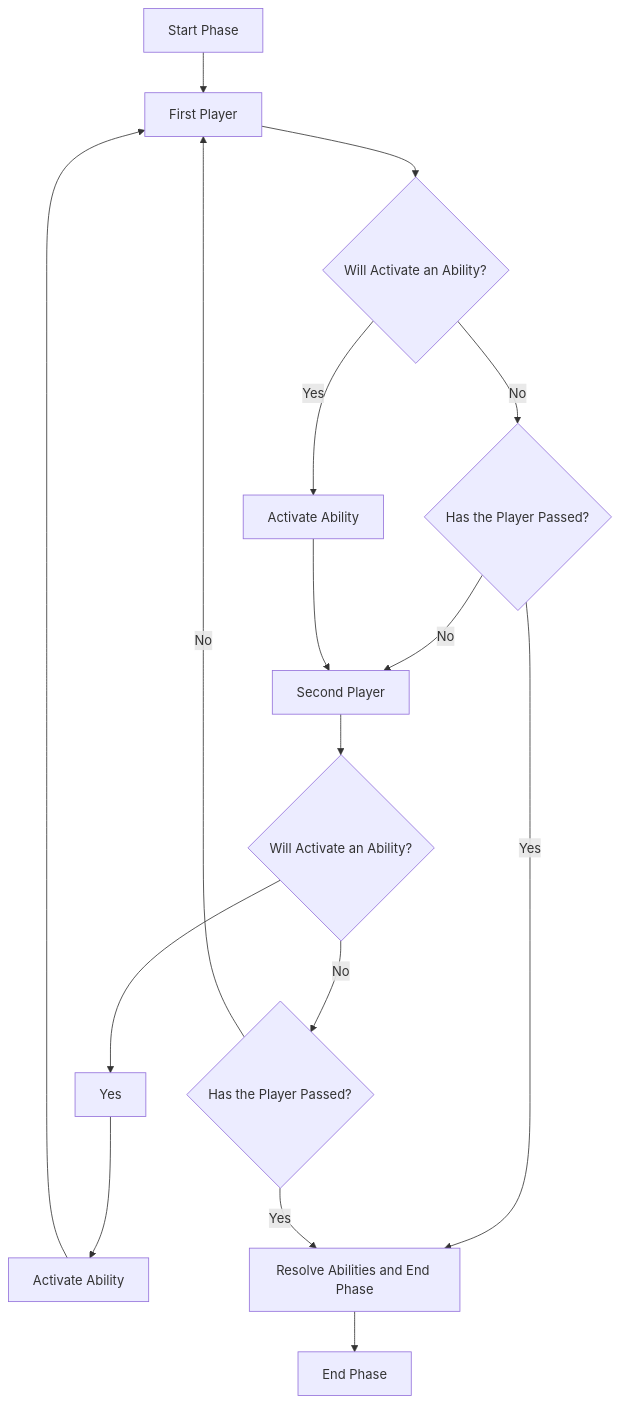
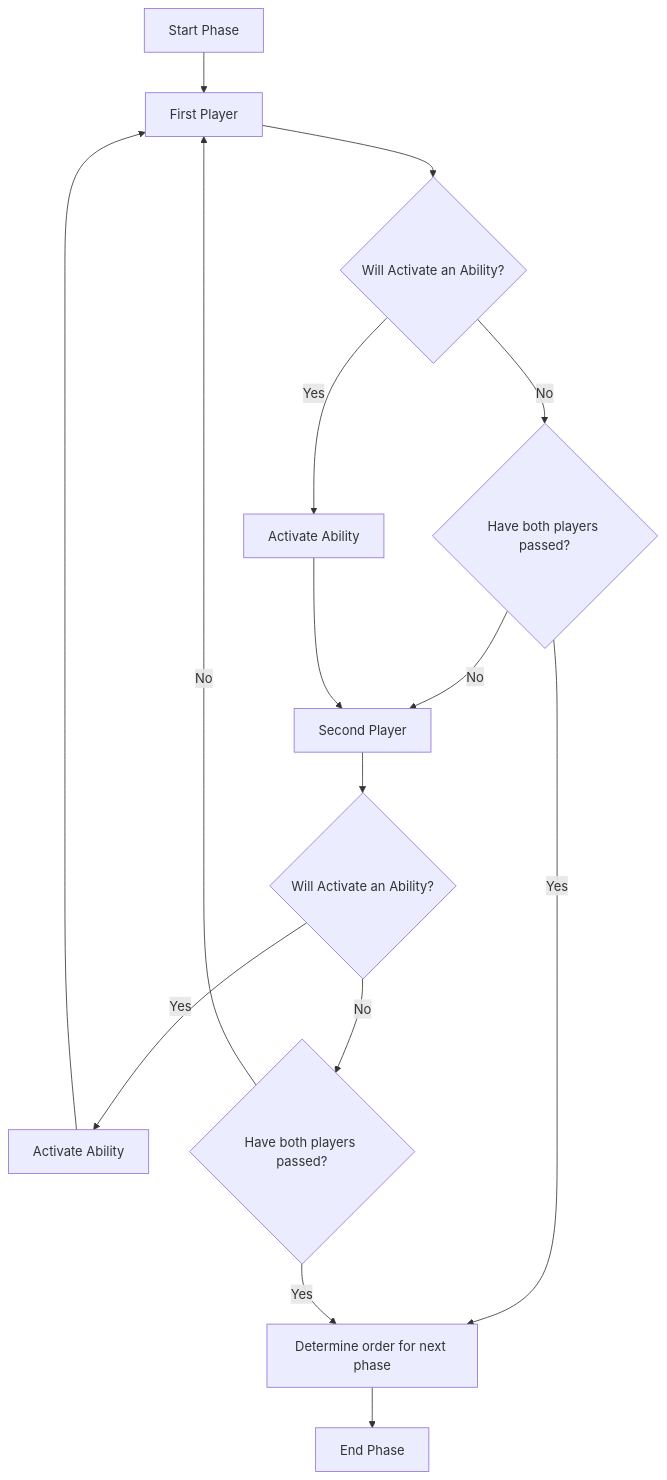
Before and after one commit to Billaferd/QuantumNexus: the fourth of 5 diagrams in Rules.md, drawn with Mermaid. The commit also changed other lines of this file, not shown here.

````diff
--- a/Rules.md
+++ b/Rules.md
@@ -302,17 +308,17 @@
 ```mermaid
 graph TB;
   Start[Start Phase] --> FirstPlayer[First Player];
   FirstPlayer --> WillActivate1{Will Activate an Ability?};
   WillActivate1 -- Yes --> ActivateAbility1[Activate Ability];
-  WillActivate1 -- No --> Pass1{Has the Player Passed?};
+  WillActivate1 -- No --> Pass1{Have both players passed?};
   Pass1 -- No --> SecondPlayer[Second Player];
   ActivateAbility1 --> SecondPlayer;
   SecondPlayer --> WillActivate2{Will Activate an Ability?};
-  WillActivate2 --> Yes --> ActivateAbility2[Activate Ability];
-  WillActivate2 -- No --> Pass2{Has the Player Passed?};
+  WillActivate2 -- Yes --> ActivateAbility2[Activate Ability];
+  WillActivate2 -- No --> Pass2{Have both players passed?};
   ActivateAbility2 --> FirstPlayer;
   Pass2 -- No --> FirstPlayer;
-  Pass1 -- Yes --> ResolveAbilities[Resolve Abilities and End Phase];
-  Pass2 -- Yes --> ResolveAbilities
-  ResolveAbilities --> End[End Phase];
+  Pass1 -- Yes --> DetermineOrder[Determine order for next phase];
+  Pass2 -- Yes --> DetermineOrder
+  DetermineOrder --> End[End Phase];
 ```
````
